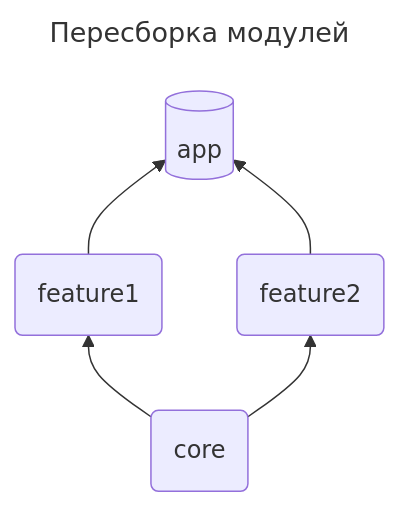
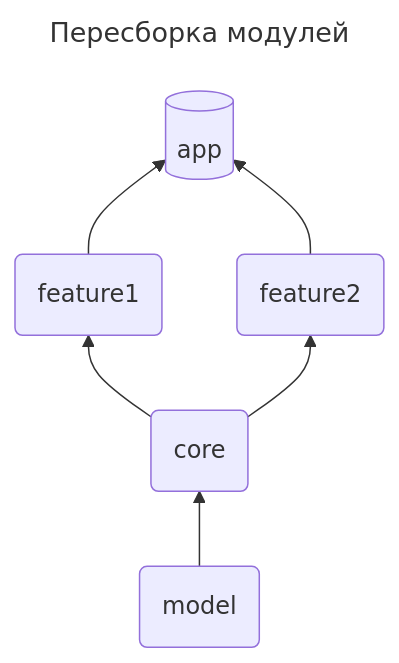
Before and after one commit to AlexeyPanchenko/shmr24: the diagram in presentation/01_Base/04_Modules/06_schema_bad.mmd, drawn with Mermaid. The commit also changed other lines of this file and 110 other files, not shown here.

```diff
--- a/presentation/01_Base/04_Modules/06_schema_bad.mmd
+++ b/presentation/01_Base/04_Modules/06_schema_bad.mmd
@@ -1,25 +1,27 @@
 ---
 title: Пересборка модулей
 ---
 
 flowchart BT
     app[(app)]
 
     feature1(feature1)
     feature2(feature2)
     core(core)
+    model(model)
 
     feature1 & feature2 --> app
     core --> feature1
     core --> feature2
+    model --> core
 
 
 %%    feature1(feature1')
 %%    style feature1 fill:#ED1C12,stroke:#ED1C12,stroke-width:4px
 %%    style app fill:#ED1C12,stroke:#ED1C12,stroke-width:4px
 
 %%    core(core')
 %%    style core fill:#ED1C12,stroke:#ED1C12,stroke-width:4px
 %%    style feature1 fill:#ED1C12,stroke:#ED1C12,stroke-width:4px
 %%    style feature2 fill:#ED1C12,stroke:#ED1C12,stroke-width:4px
 %%    style app fill:#ED1C12,stroke:#ED1C12,stroke-width:4px
```
